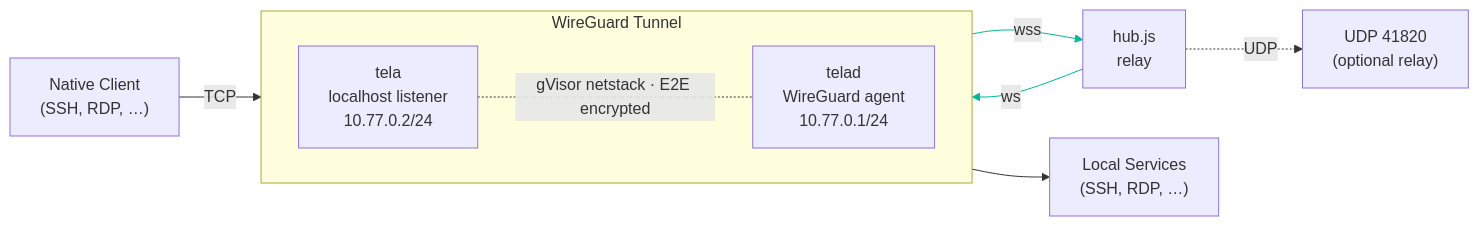
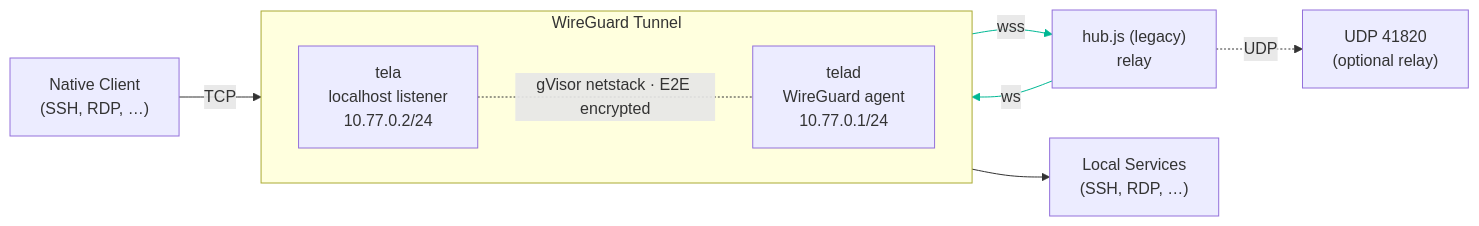
The diagram in poc/README.md (paulmooreparks/tela), drawn with Mermaid before and after one commit. The commit also changed other lines of this file and 5 other files, not shown here.

````diff
--- a/poc/README.md
+++ b/poc/README.md
@@ -9,23 +12,23 @@
 ```mermaid
 graph LR
     Client["Native Client<br/>(SSH, RDP, …)"]
     Tela["tela<br/>localhost listener<br/>10.77.0.2/24"]
-    Hub["hub.js<br/>relay"]
+    Hub["hub.js (legacy)<br/>relay"]
     UDP["UDP 41820<br/>(optional relay)"]
     Telad["telad<br/>WireGuard agent<br/>10.77.0.1/24"]
     Services["Local Services<br/>(SSH, RDP, …)"]
 
     Client -->|TCP| Tela
     Tela -->|wss| Hub
     Hub -->|ws| Telad
     Hub -.->|UDP| UDP
     Telad --> Services
 
     linkStyle 1 stroke:#00b894
     linkStyle 2 stroke:#00b894
 
     subgraph WireGuard Tunnel
         direction LR
         Tela -.-|"gVisor netstack · E2E encrypted"| Telad
     end
 ```
````
